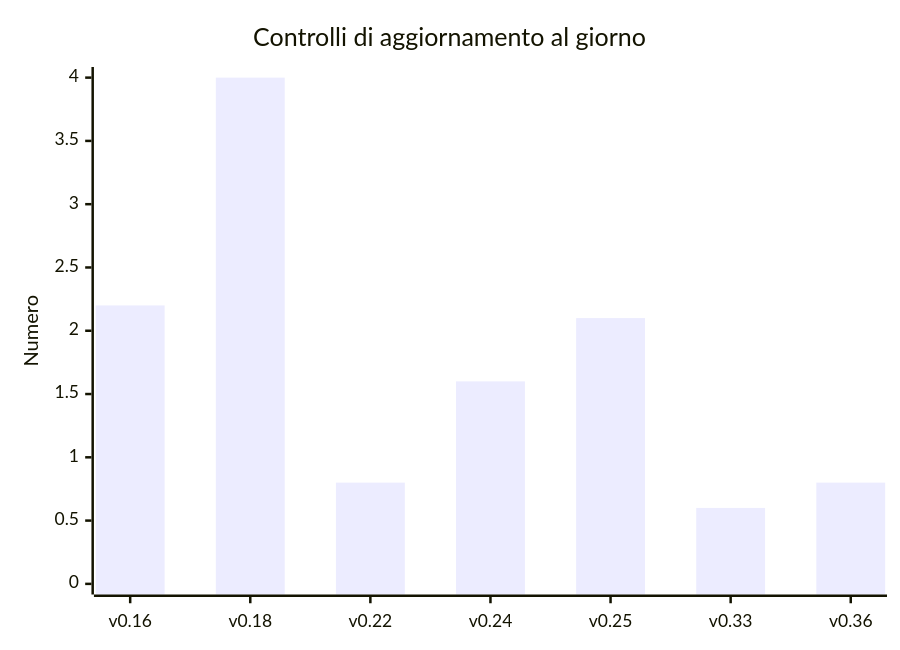
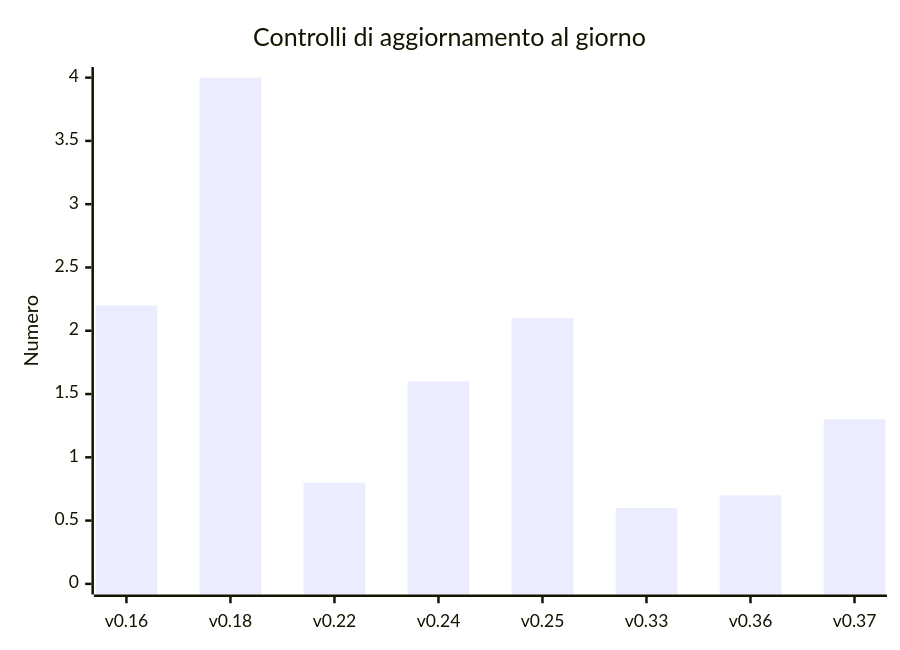
One commit to napo/analisirefertogara changed the first of 2 diagrams in README.md. Above: the diagram before and after it, drawn with Mermaid. The commit also changed other lines of this file and 1 other file, not shown here.

````diff
--- a/README.md
+++ b/README.md
@@ -27,7 +28,7 @@
 ```mermaid
 xychart-beta
   title "Controlli di aggiornamento al giorno"
-  x-axis ["v0.16", "v0.18", "v0.22", "v0.24", "v0.25", "v0.33", "v0.36"]
+  x-axis ["v0.16", "v0.18", "v0.22", "v0.24", "v0.25", "v0.33", "v0.36", "v0.37"]
   y-axis "Numero" 0 --> 4
-  bar [2.2, 4, 0.8, 1.6, 2.1, 0.6, 0.8]
+  bar [2.2, 4, 0.8, 1.6, 2.1, 0.6, 0.7, 1.3]
 ```
````
